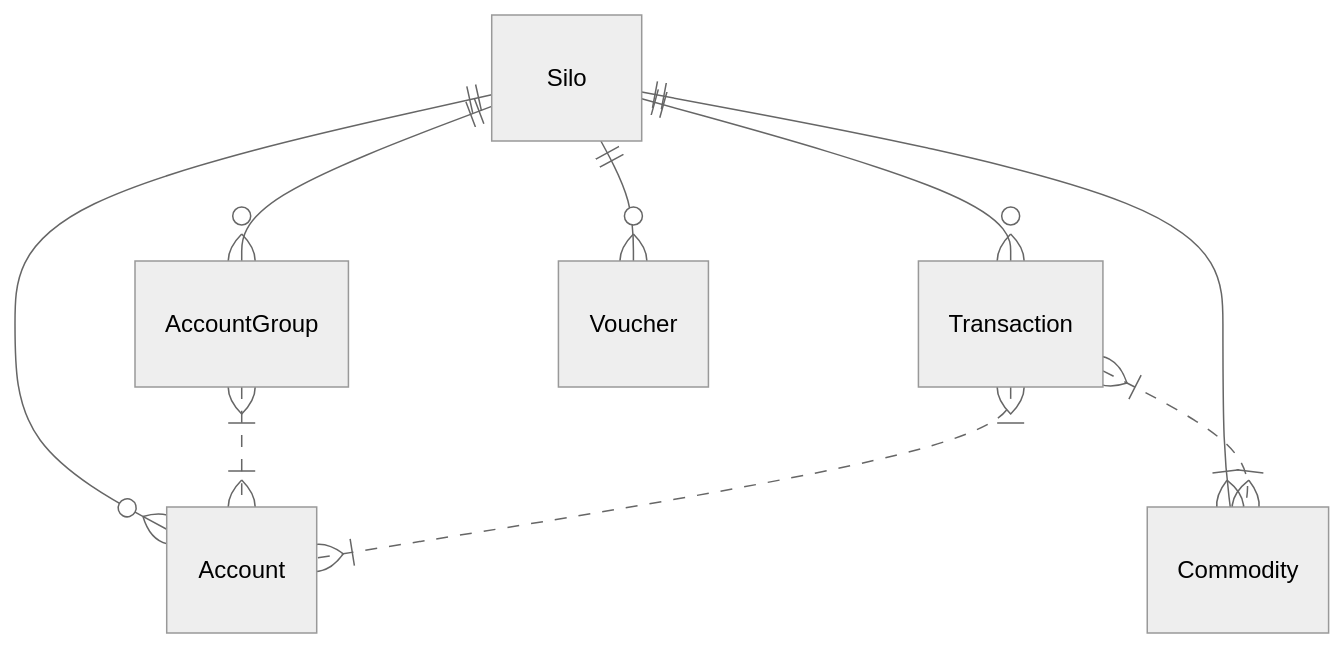
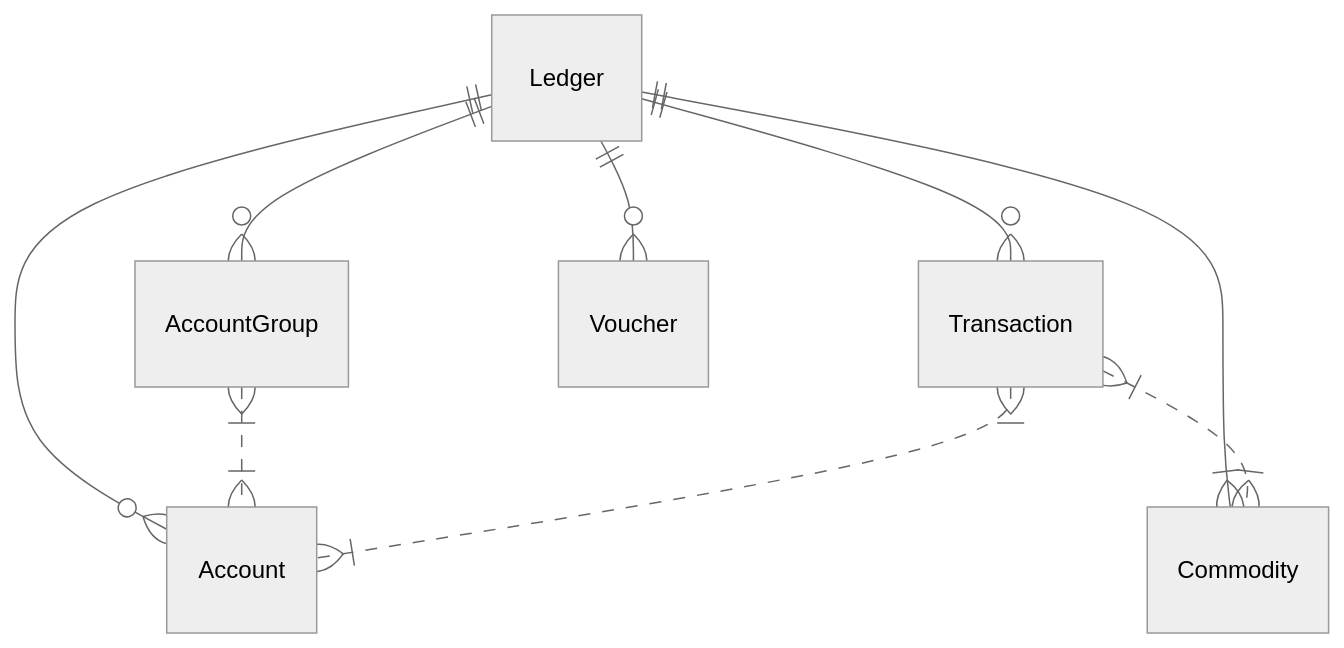
Before and after one commit to ianatha/balancelynx-docs: the diagram in pages/core-entities.mdx, drawn with Mermaid (neutral theme). The commit also changed other lines of this file and 2 other files, not shown here.

````diff
--- a/pages/core-entities.mdx
+++ b/pages/core-entities.mdx
@@ -12,11 +12,11 @@
 ```mermaid
 erDiagram
-    Silo one -- zero or more Account : ""
-    Silo one -- zero or more AccountGroup : ""
+    Ledger one -- zero or more Account : ""
+    Ledger one -- zero or more AccountGroup : ""
         AccountGroup one or more .. one or more Account : ""
-    Silo one -- one or more Commodity : ""
-    Silo one -- zero or more Transaction : ""
+    Ledger one -- one or more Commodity : ""
+    Ledger one -- zero or more Transaction : ""
         Transaction one or more .. one or more Account : ""
         Transaction one or more .. one or more Commodity : ""
-    Silo one -- zero or more Voucher : ""
+    Ledger one -- zero or more Voucher : ""
 ```
````
